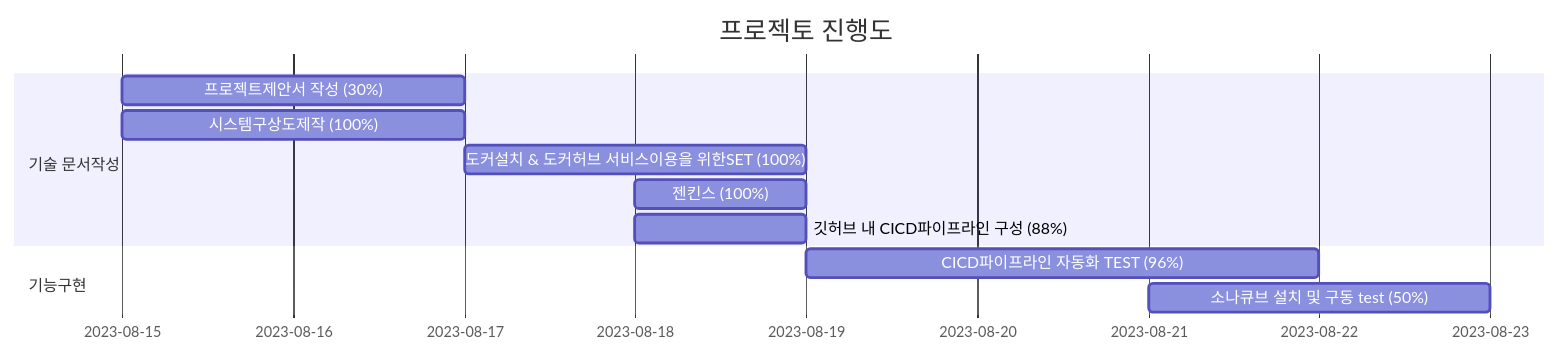
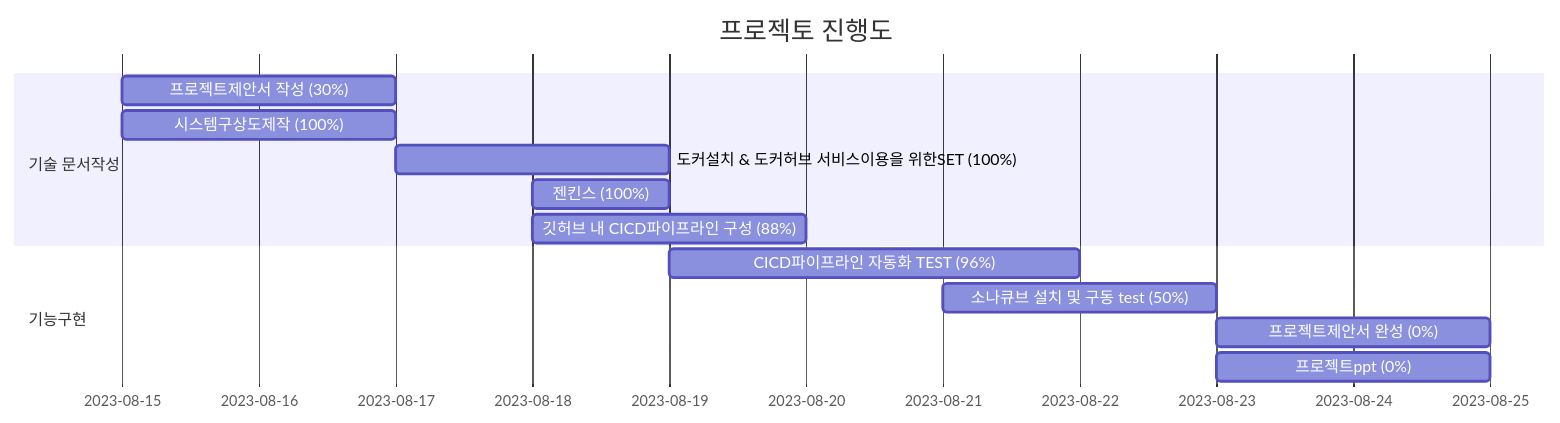
Before and after one commit to SEOMW/project: the diagram in README.md, drawn with Mermaid.

````diff
--- a/README.md
+++ b/README.md
@@ -4,15 +4,17 @@
 ```mermaid
 gantt
     title 프로젝토 진행도
     dateFormat  YYYY-MM-DD
     section 기술 문서작성
     프로젝트제안서 작성 (30%) : a1, 2023-8-15, 2d
     시스템구상도제작 (100%) : 2023-8-15, 2d
     도커설치 & 도커허브 서비스이용을 위한SET (100%) : 2023-8-17, 2d
     젠킨스 (100%) : 2023-8-18, 1d
-    깃허브 내 CICD파이프라인 구성 (88%) : 2023-8-18, 1d
+    깃허브 내 CICD파이프라인 구성 (88%) : 2023-8-18, 2d
 
     section 기능구현
     CICD파이프라인 자동화 TEST (96%) : 2023-8-19,  3d
     소나큐브 설치 및 구동 test (50%) : 2023-8-21, 2d
+    프로젝트제안서 완성 (0%) : a1, 2023-8-23, 2d
+    프로젝트ppt (0%) : a1, 2023-8-23, 2d
 ```
````
